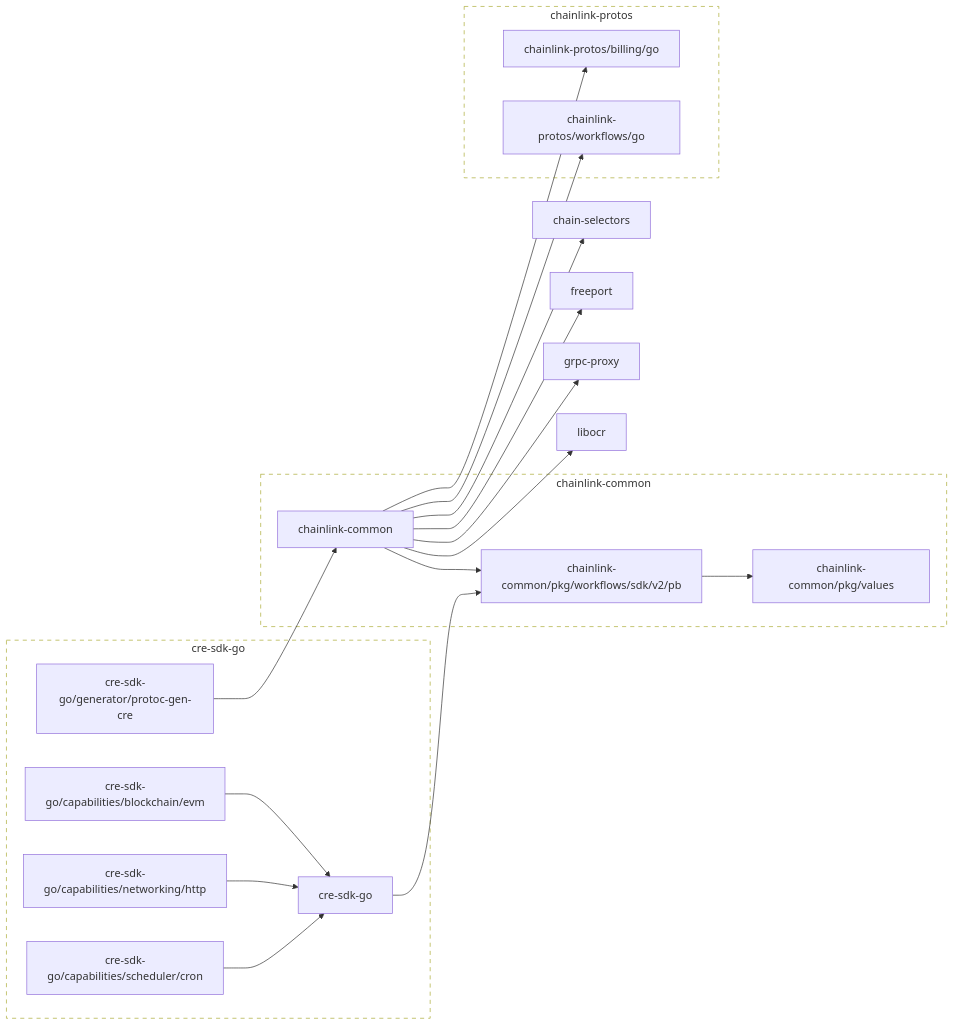
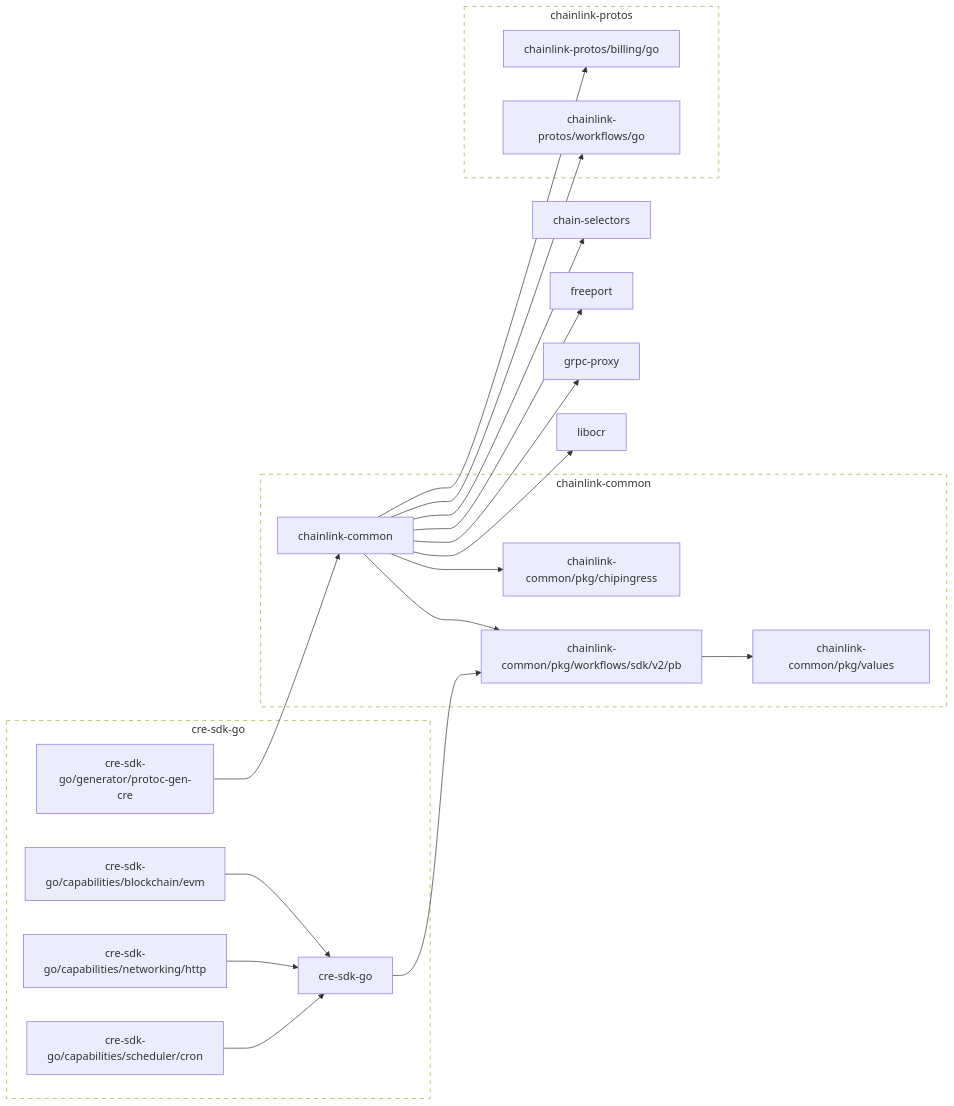
The diagram in go.md (smartcontractkit/cre-sdk-go), drawn with Mermaid before and after one commit. The commit also changed 15 other files, not shown here.

````diff
--- a/go.md
+++ b/go.md
@@ -2,63 +2,67 @@
 ```mermaid
 flowchart LR
 
 	chain-selectors
 	click chain-selectors href "https://github.com/smartcontractkit/chain-selectors"
 	chainlink-common --> chain-selectors
+	chainlink-common --> chainlink-common/pkg/chipingress
 	chainlink-common --> chainlink-common/pkg/workflows/sdk/v2/pb
 	chainlink-common --> chainlink-protos/billing/go
 	chainlink-common --> chainlink-protos/workflows/go
 	chainlink-common --> freeport
 	chainlink-common --> grpc-proxy
 	chainlink-common --> libocr
 	click chainlink-common href "https://github.com/smartcontractkit/chainlink-common"
+	chainlink-common/pkg/chipingress
+	click chainlink-common/pkg/chipingress href "https://github.com/smartcontractkit/chainlink-common"
 	chainlink-common/pkg/values
 	click chainlink-common/pkg/values href "https://github.com/smartcontractkit/chainlink-common"
 	chainlink-common/pkg/workflows/sdk/v2/pb --> chainlink-common/pkg/values
 	click chainlink-common/pkg/workflows/sdk/v2/pb href "https://github.com/smartcontractkit/chainlink-common"
 	chainlink-protos/billing/go
 	click chainlink-protos/billing/go href "https://github.com/smartcontractkit/chainlink-protos"
 	chainlink-protos/workflows/go
 	click chainlink-protos/workflows/go href "https://github.com/smartcontractkit/chainlink-protos"
 	cre-sdk-go --> chainlink-common/pkg/workflows/sdk/v2/pb
 	click cre-sdk-go href "https://github.com/smartcontractkit/cre-sdk-go"
 	cre-sdk-go/capabilities/blockchain/evm --> cre-sdk-go
 	click cre-sdk-go/capabilities/blockchain/evm href "https://github.com/smartcontractkit/cre-sdk-go"
 	cre-sdk-go/capabilities/networking/http --> cre-sdk-go
 	click cre-sdk-go/capabilities/networking/http href "https://github.com/smartcontractkit/cre-sdk-go"
 	cre-sdk-go/capabilities/scheduler/cron --> cre-sdk-go
 	click cre-sdk-go/capabilities/scheduler/cron href "https://github.com/smartcontractkit/cre-sdk-go"
 	cre-sdk-go/generator/protoc-gen-cre --> chainlink-common
 	click cre-sdk-go/generator/protoc-gen-cre href "https://github.com/smartcontractkit/cre-sdk-go"
 	freeport
 	click freeport href "https://github.com/smartcontractkit/freeport"
 	grpc-proxy
 	click grpc-proxy href "https://github.com/smartcontractkit/grpc-proxy"
 	libocr
 	click libocr href "https://github.com/smartcontractkit/libocr"
 
 	subgraph chainlink-common-repo[chainlink-common]
 		 chainlink-common
+		 chainlink-common/pkg/chipingress
 		 chainlink-common/pkg/values
 		 chainlink-common/pkg/workflows/sdk/v2/pb
 	end
 	click chainlink-common-repo href "https://github.com/smartcontractkit/chainlink-common"
 
 	subgraph chainlink-protos-repo[chainlink-protos]
 		 chainlink-protos/billing/go
 		 chainlink-protos/workflows/go
 	end
 	click chainlink-protos-repo href "https://github.com/smartcontractkit/chainlink-protos"
 
 	subgraph cre-sdk-go-repo[cre-sdk-go]
 		 cre-sdk-go
 		 cre-sdk-go/capabilities/blockchain/evm
 		 cre-sdk-go/capabilities/networking/http
 		 cre-sdk-go/capabilities/scheduler/cron
 		 cre-sdk-go/generator/protoc-gen-cre
 	end
 	click cre-sdk-go-repo href "https://github.com/smartcontractkit/cre-sdk-go"
 
 	classDef outline stroke-dasharray:6,fill:none;
 	class chainlink-common-repo,chainlink-protos-repo,cre-sdk-go-repo outline
 ```
````
